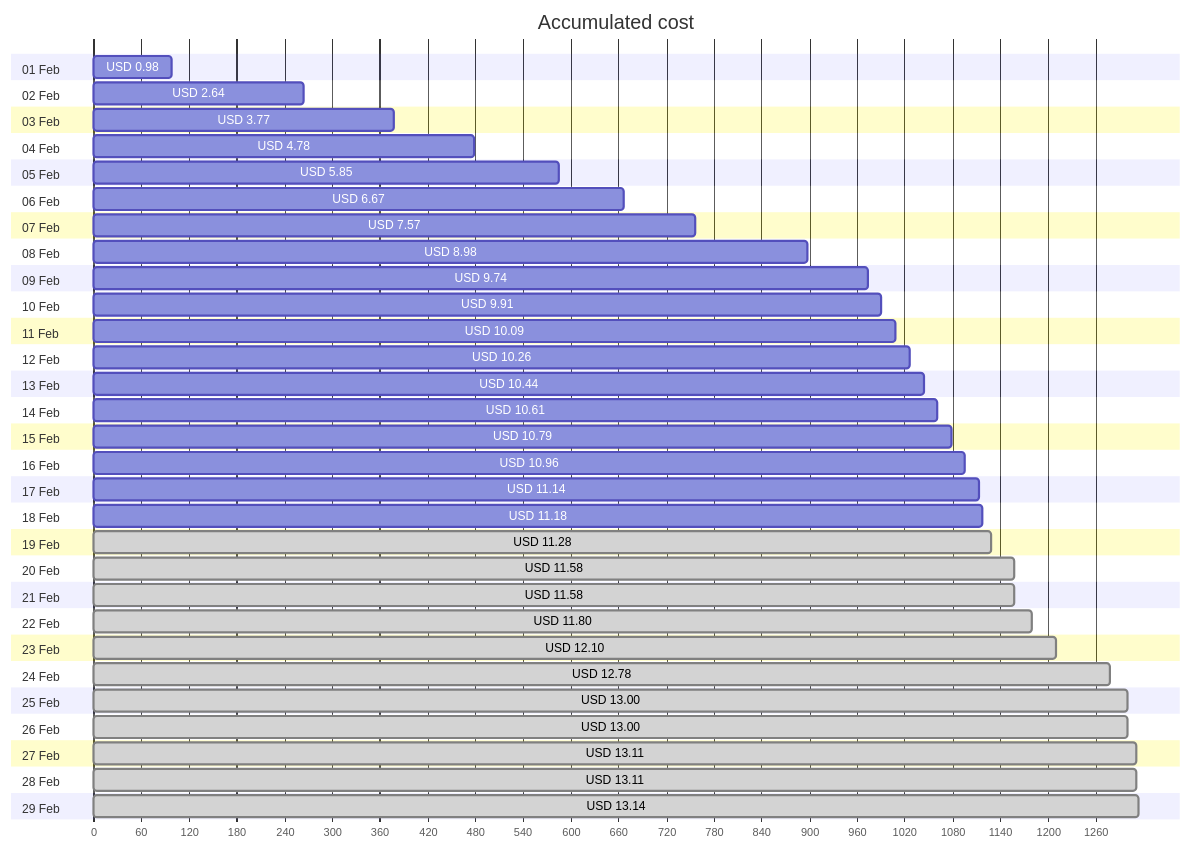
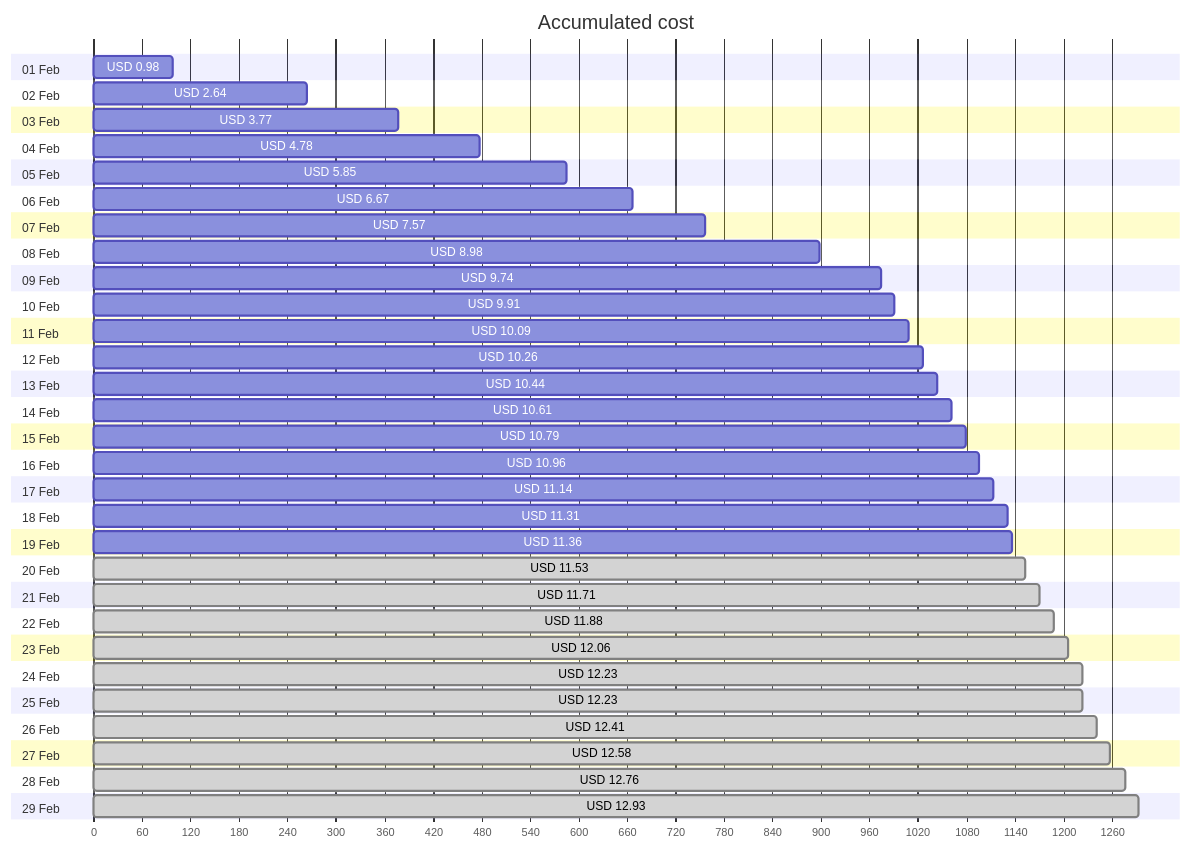
The first of 4 diagrams in cost-reports/personal-network/vpn-server.md (jpfulton/azure-personal-reports), drawn with Mermaid before and after one commit. The commit also changed other lines of this file and 8 other files, not shown here.

````diff
--- a/cost-reports/personal-network/vpn-server.md
+++ b/cost-reports/personal-network/vpn-server.md
@@ -20,64 +20,64 @@
 ```mermaid
 gantt
    title Accumulated cost
    dateFormat  X
    axisFormat %s
    section 01 Feb
    USD 0.98 :0, 98
    section 02 Feb
    USD 2.64 :0, 264
    section 03 Feb
    USD 3.77 :0, 377
    section 04 Feb
    USD 4.78 :0, 478
    section 05 Feb
    USD 5.85 :0, 585
    section 06 Feb
    USD 6.67 :0, 667
    section 07 Feb
    USD 7.57 :0, 757
    section 08 Feb
    USD 8.98 :0, 898
    section 09 Feb
    USD 9.74 :0, 974
    section 10 Feb
    USD 9.91 :0, 991
    section 11 Feb
    USD 10.09 :0, 1009
    section 12 Feb
    USD 10.26 :0, 1026
    section 13 Feb
    USD 10.44 :0, 1044
    section 14 Feb
    USD 10.61 :0, 1061
    section 15 Feb
    USD 10.79 :0, 1079
    section 16 Feb
    USD 10.96 :0, 1096
    section 17 Feb
    USD 11.14 :0, 1114
    section 18 Feb
-   USD 11.18 :0, 1118
+   USD 11.31 :0, 1131
    section 19 Feb
-   USD 11.28 : done, 0, 1128
+   USD 11.36 :0, 1136
    section 20 Feb
-   USD 11.58 : done, 0, 1158
+   USD 11.53 : done, 0, 1153
    section 21 Feb
-   USD 11.58 : done, 0, 1158
+   USD 11.71 : done, 0, 1171
    section 22 Feb
-   USD 11.80 : done, 0, 1180
+   USD 11.88 : done, 0, 1188
    section 23 Feb
-   USD 12.10 : done, 0, 1210
+   USD 12.06 : done, 0, 1206
    section 24 Feb
-   USD 12.78 : done, 0, 1278
+   USD 12.23 : done, 0, 1223
    section 25 Feb
-   USD 13.00 : done, 0, 1300
+   USD 12.23 : done, 0, 1223
    section 26 Feb
-   USD 13.00 : done, 0, 1300
+   USD 12.41 : done, 0, 1241
    section 27 Feb
-   USD 13.11 : done, 0, 1311
+   USD 12.58 : done, 0, 1258
    section 28 Feb
-   USD 13.11 : done, 0, 1311
+   USD 12.76 : done, 0, 1276
    section 29 Feb
-   USD 13.14 : done, 0, 1314
+   USD 12.93 : done, 0, 1293
 ```
````
